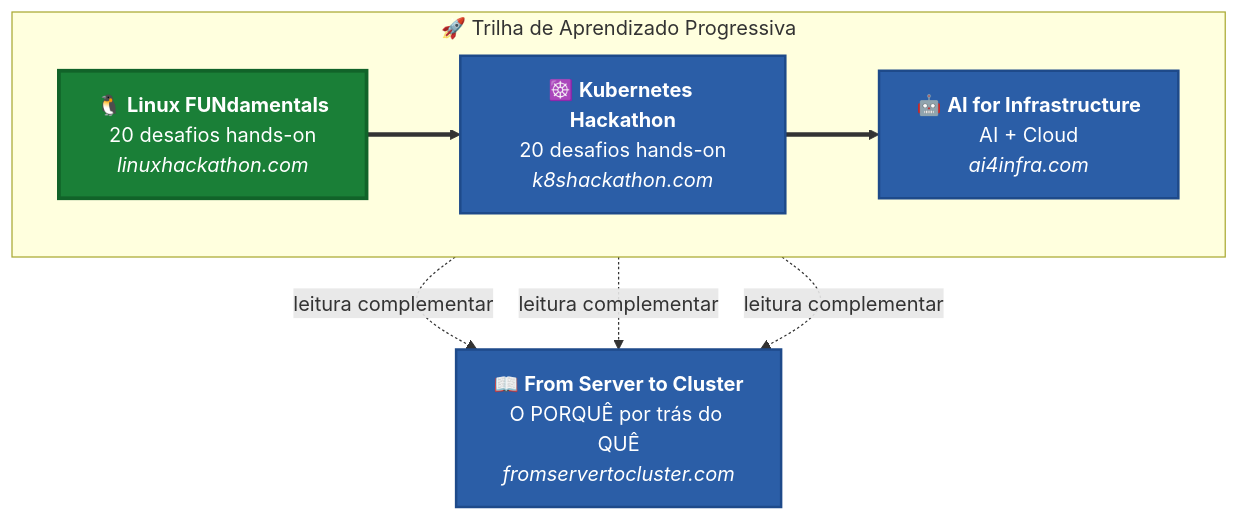
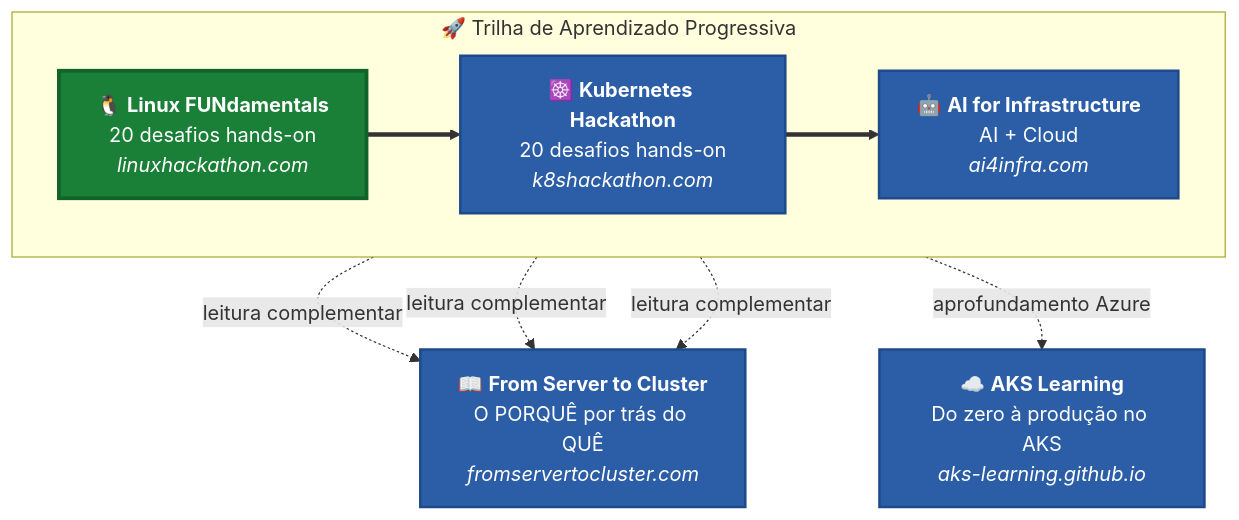
Before and after one commit to ricmmartins/fasthack-linux: the diagram in README.md, drawn with Mermaid. The commit also changed other lines of this file and 1 other file, not shown here.

Commit message:
Adicionar referência ao AKS Learning na trilha de aprendizado

````diff
--- a/README.md
+++ b/README.md
@@ -102,24 +102,28 @@
 ```mermaid
 flowchart TB
     subgraph journey["🚀 Trilha de Aprendizado Progressiva"]
         direction LR
         A["🐧 <b>Linux FUNdamentals</b><br/>20 desafios hands-on<br/><i>linuxhackathon.com</i>"] ==> B["☸️ <b>Kubernetes Hackathon</b><br/>20 desafios hands-on<br/><i>k8shackathon.com</i>"] ==> C["🤖 <b>AI for Infrastructure</b><br/>AI + Cloud<br/><i>ai4infra.com</i>"]
     end
 
     A -.->|leitura complementar| D
     B -.->|leitura complementar| D
     C -.->|leitura complementar| D
 
+    B -.->|aprofundamento Azure| E
+
     D["📖 <b>From Server to Cluster</b><br/>O PORQUÊ por trás do QUÊ<br/><i>fromservertocluster.com</i>"]
+    E["☁️ <b>AKS Learning</b><br/>Do zero à produção no AKS<br/><i>aks-learning.github.io</i>"]
 
     classDef challenge fill:#2b5ea7,stroke:#1e4a8a,color:#fff,stroke-width:2px
     classDef hackathon fill:#1a7f37,stroke:#116329,color:#fff,stroke-width:3px
 
     class A hackathon
-    class B,C,D challenge
+    class B,C,D,E challenge
 
     click A "https://linuxhackathon.com" _blank
     click B "https://k8shackathon.com" _blank
     click C "https://ai4infra.com" _blank
     click D "https://fromservertocluster.com" _blank
+    click E "https://aks-learning.github.io" _blank
 ```
````
